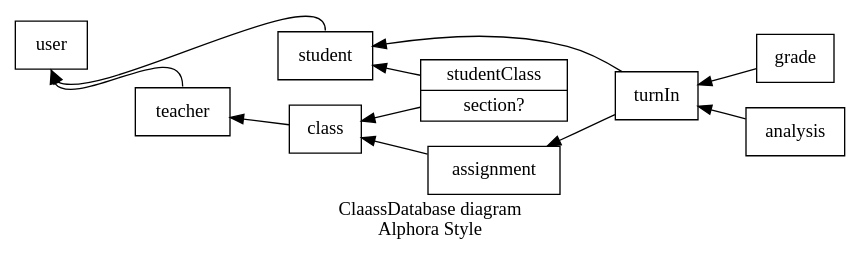
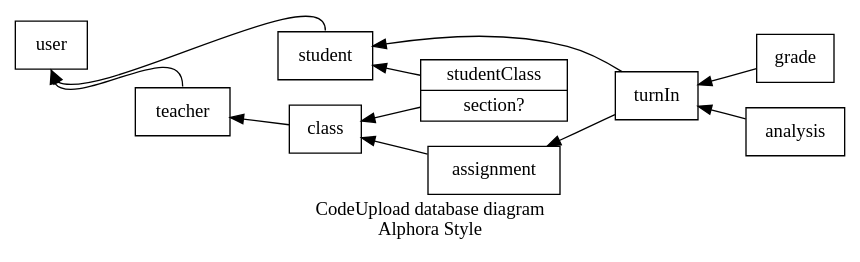
Before and after one commit to mckaysalisbury/grades: the diagram in db.gv, drawn with Graphviz. The commit also changed 1 other file, not shown here.

```diff
--- a/db.gv
+++ b/db.gv
@@ -1,15 +1,16 @@
 digraph db {
-    label="ClaassDatabase diagram\nAlphora Style"
+    label="CodeUpload database diagram\nAlphora Style"
     rankdir=RL
     node [shape=record]
     student
     class
     studentClass [label="studentClass|section?"]
     studentClass -> student, class
     turnIn -> student, assignment
+
     user
     grade, analysis -> turnIn
     student:n, teacher:n -> user:s
 
     assignment -> class -> teacher
 }
```
